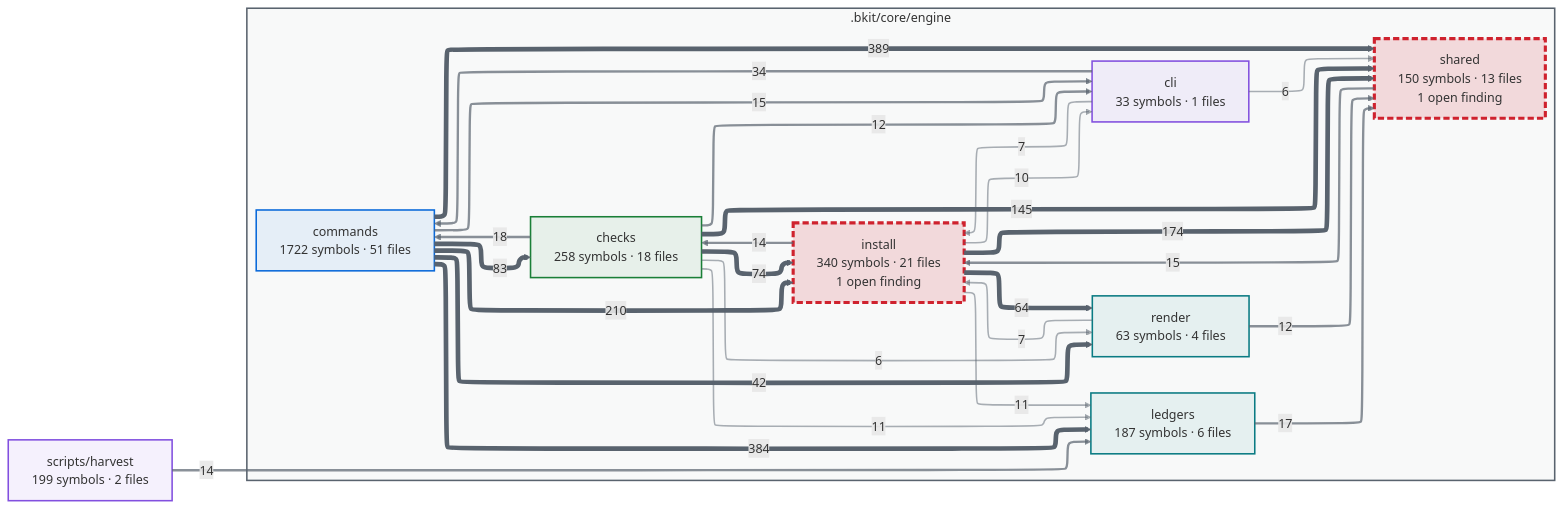
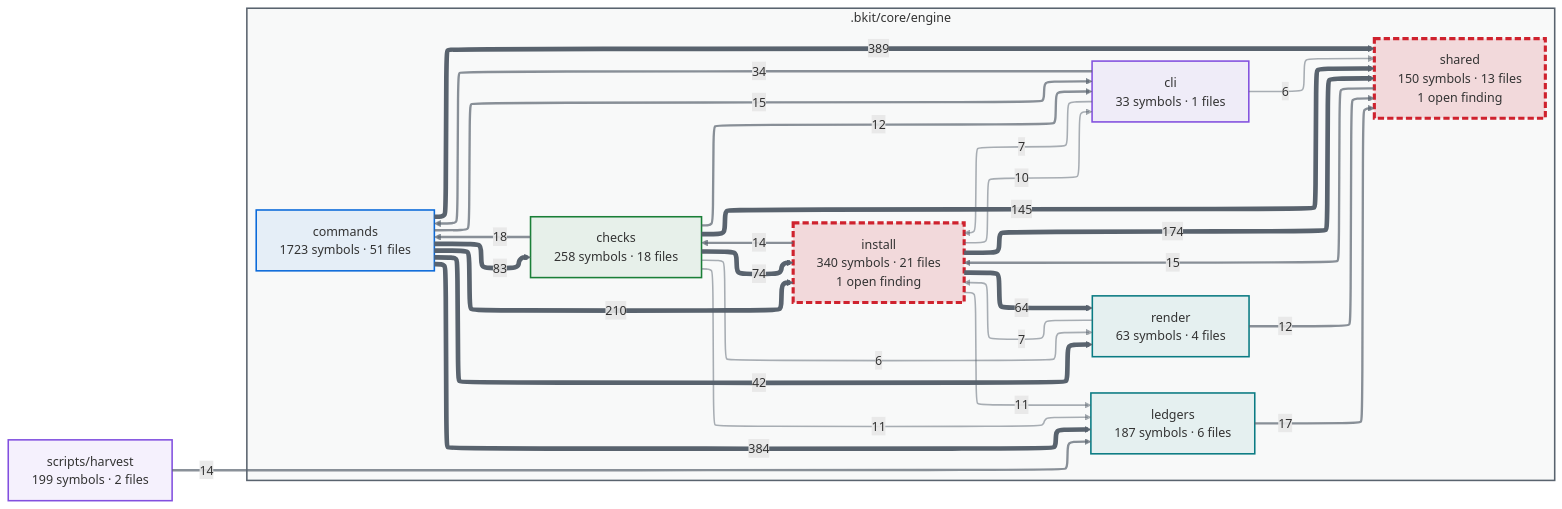
The first of 2 diagrams in docs/capabilities.md (cbartens/bkit), drawn with Mermaid before and after one commit. The commit also changed other lines of this file and 33 other files, not shown here.

````diff
--- a/docs/capabilities.md
+++ b/docs/capabilities.md
@@ -154,80 +154,80 @@
 ```mermaid
 ---
 config:
   layout: elk
   themeCSS: "marker { overflow: visible; } marker path { transform: scale(1.8); transform-origin: 5px 5px; }"
   flowchart:
     useMaxWidth: false
 ---
 flowchart LR
   %% Generated by bkit-graphify-rollup.py — do not edit
   subgraph gn_bkit_core_engine[".bkit/core/engine"]
     n_bkit_core_engine_checks["checks<br/>258 symbols · 18 files"]
     n_bkit_core_engine_cli["cli<br/>33 symbols · 1 files"]
-    n_bkit_core_engine_commands["commands<br/>1722 symbols · 51 files"]
+    n_bkit_core_engine_commands["commands<br/>1723 symbols · 51 files"]
     n_bkit_core_engine_install["install<br/>340 symbols · 21 files<br/>1 open finding"]
     n_bkit_core_engine_ledgers["ledgers<br/>187 symbols · 6 files"]
     n_bkit_core_engine_render["render<br/>63 symbols · 4 files"]
     n_bkit_core_engine_shared["shared<br/>150 symbols · 13 files<br/>1 open finding"]
   end
   nscripts_harvest["scripts/harvest<br/>199 symbols · 2 files"]
   n_bkit_core_engine_commands -->|389| n_bkit_core_engine_shared
   n_bkit_core_engine_commands -->|384| n_bkit_core_engine_ledgers
   n_bkit_core_engine_commands -->|210| n_bkit_core_engine_install
   n_bkit_core_engine_install -->|174| n_bkit_core_engine_shared
   n_bkit_core_engine_checks -->|145| n_bkit_core_engine_shared
   n_bkit_core_engine_commands -->|83| n_bkit_core_engine_checks
   n_bkit_core_engine_checks -->|74| n_bkit_core_engine_install
   n_bkit_core_engine_install -->|64| n_bkit_core_engine_render
   n_bkit_core_engine_commands -->|42| n_bkit_core_engine_render
   n_bkit_core_engine_cli -->|34| n_bkit_core_engine_commands
   n_bkit_core_engine_checks -->|18| n_bkit_core_engine_commands
   n_bkit_core_engine_ledgers -->|17| n_bkit_core_engine_shared
   n_bkit_core_engine_shared -->|15| n_bkit_core_engine_install
   n_bkit_core_engine_commands -->|15| n_bkit_core_engine_cli
   n_bkit_core_engine_install -->|14| n_bkit_core_engine_checks
   nscripts_harvest -->|14| n_bkit_core_engine_ledgers
   n_bkit_core_engine_checks -->|12| n_bkit_core_engine_cli
   n_bkit_core_engine_render -->|12| n_bkit_core_engine_shared
   n_bkit_core_engine_checks -->|11| n_bkit_core_engine_ledgers
   n_bkit_core_engine_install -->|11| n_bkit_core_engine_ledgers
   n_bkit_core_engine_install -->|10| n_bkit_core_engine_cli
   n_bkit_core_engine_cli -->|7| n_bkit_core_engine_install
   n_bkit_core_engine_render -->|7| n_bkit_core_engine_install
   n_bkit_core_engine_checks -->|6| n_bkit_core_engine_render
   n_bkit_core_engine_cli -->|6| n_bkit_core_engine_shared
   style gn_bkit_core_engine fill:#59636e0a,stroke:#59636e,stroke-width:2px
   style n_bkit_core_engine_checks stroke:#1a7f37,stroke-width:2px,fill:#1a7f3714
   style n_bkit_core_engine_cli stroke:#8250df,stroke-width:2px,fill:#8250df14
   style n_bkit_core_engine_commands stroke:#0969da,stroke-width:2px,fill:#0969da14
   style n_bkit_core_engine_install stroke:#cf222e,stroke-width:4px,stroke-dasharray:8 4,fill:#cf222e26
   style n_bkit_core_engine_ledgers stroke:#0a7b83,stroke-width:2px,fill:#0a7b8314
   style n_bkit_core_engine_render stroke:#0a7b83,stroke-width:2px,fill:#0a7b8314
   style n_bkit_core_engine_shared stroke:#cf222e,stroke-width:4px,stroke-dasharray:8 4,fill:#cf222e26
   style nscripts_harvest stroke:#8250df,stroke-width:2px,fill:#8250df14
   linkStyle 0 stroke:#59636e,stroke-width:6px
   linkStyle 1 stroke:#59636e,stroke-width:6px
   linkStyle 2 stroke:#59636e,stroke-width:6px
   linkStyle 3 stroke:#59636e,stroke-width:6px
   linkStyle 4 stroke:#59636e,stroke-width:6px
   linkStyle 5 stroke:#59636e,stroke-width:6px
   linkStyle 6 stroke:#59636e,stroke-width:6px
   linkStyle 7 stroke:#59636e,stroke-width:6px
   linkStyle 8 stroke:#59636e,stroke-width:6px
   linkStyle 9 stroke:#59636eb3,stroke-width:3px
   linkStyle 10 stroke:#59636eb3,stroke-width:3px
   linkStyle 11 stroke:#59636eb3,stroke-width:3px
   linkStyle 12 stroke:#59636eb3,stroke-width:3px
   linkStyle 13 stroke:#59636eb3,stroke-width:3px
   linkStyle 14 stroke:#59636eb3,stroke-width:3px
   linkStyle 15 stroke:#59636eb3,stroke-width:3px
   linkStyle 16 stroke:#59636eb3,stroke-width:3px
   linkStyle 17 stroke:#59636eb3,stroke-width:3px
   linkStyle 18 stroke:#59636e80,stroke-width:2px
   linkStyle 19 stroke:#59636e80,stroke-width:2px
   linkStyle 20 stroke:#59636e80,stroke-width:2px
   linkStyle 21 stroke:#59636e80,stroke-width:2px
   linkStyle 22 stroke:#59636e80,stroke-width:2px
   linkStyle 23 stroke:#59636e80,stroke-width:2px
   linkStyle 24 stroke:#59636e80,stroke-width:2px
 ```
````
